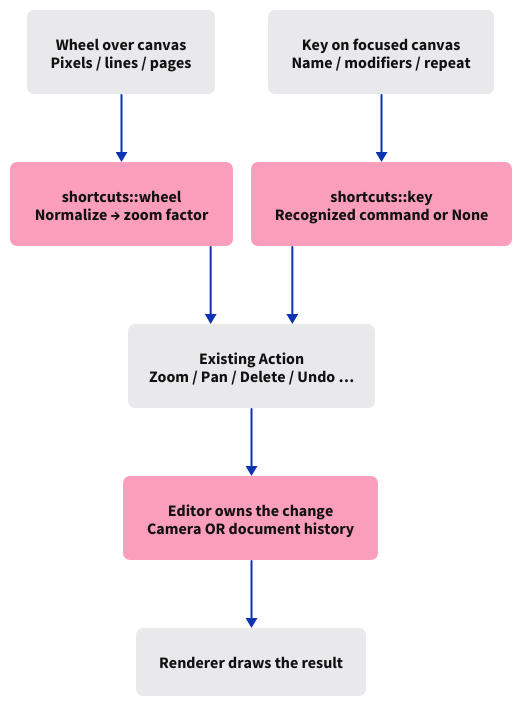
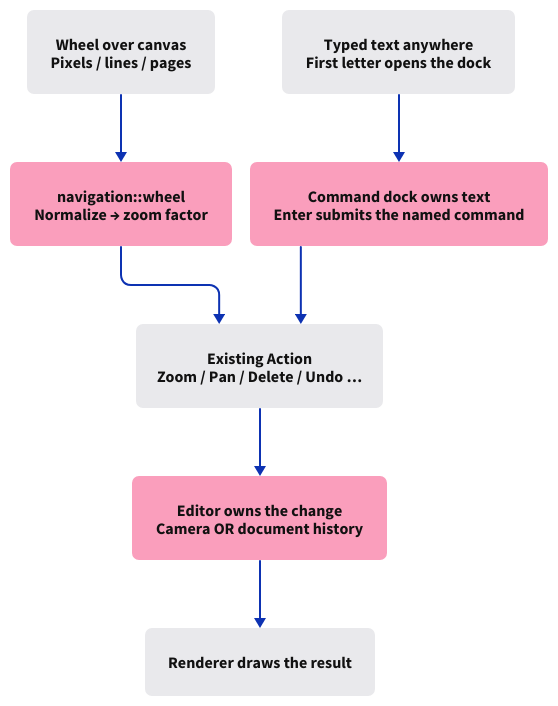
One commit to petrasvestartas/session changed the diagram in session_viewer/docs/diagrams/journey-22.d2. Above: the diagram before and after it, drawn with D2. The commit also changed 139 other files, not shown here.

```diff
--- a/session_viewer/docs/diagrams/journey-22.d2
+++ b/session_viewer/docs/diagrams/journey-22.d2
@@ -1,17 +1,17 @@
 vars: { d2-config: { layout-engine: elk; pad: 20; theme-id: 0 } }
 style: { fill: "#ffffff" }
 classes: {
   box: { style: { fill: "#e9e9ec"; stroke: "#e9e9ec"; border-radius: 6; font-size: 16; font-color: "#111111" } }
   focus: { style: { fill: "#fa9ebc"; stroke: "#fa9ebc"; border-radius: 6; font-size: 16; font-color: "#111111" } }
 }
 direction: down
 wheel: "Wheel over canvas\nPixels / lines / pages" {class: box}
-key: "Key on focused canvas\nName / modifiers / repeat" {class: box}
-units: "shortcuts::wheel\nNormalize → zoom factor" {class: focus}
-shortcut: "shortcuts::key\nRecognized command or None" {class: focus}
+key: "Typed text anywhere\nFirst letter opens the dock" {class: box}
+units: "navigation::wheel\nNormalize → zoom factor" {class: focus}
+shortcut: "Command dock owns text\nEnter submits the named command" {class: focus}
 action: "Existing Action\nZoom / Pan / Delete / Undo …" {class: box}
 editor: "Editor owns the change\nCamera OR document history" {class: focus}
 frame: "Renderer draws the result" {class: box}
 wheel -> units -> action
 key -> shortcut -> action
 action -> editor -> frame
```
